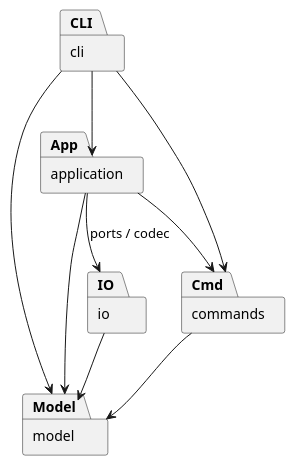
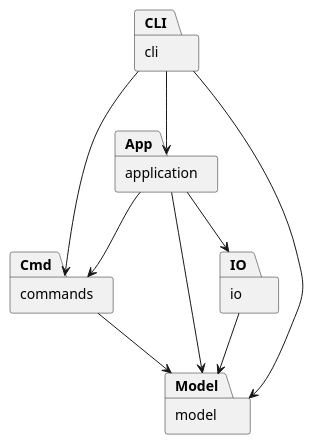
Before and after one commit to tipsy-lotus/pj1-svg-editor: the diagram in doc/README.md, drawn with PlantUML. The commit also changed other lines of this file, not shown here.

````diff
--- a/doc/README.md
+++ b/doc/README.md
@@ -17,17 +23,17 @@
 ```plantuml
 @startuml
 package "cli" as CLI
 package "application" as App
 package "commands" as Cmd
 package "model" as Model
 package "io" as IO
 CLI --> App
 CLI --> Cmd
 CLI --> Model
 App --> Cmd
 App --> Model
-App --> IO : ports / codec
+App --> IO
 Cmd --> Model
 IO --> Model
 @enduml
 ```
````
